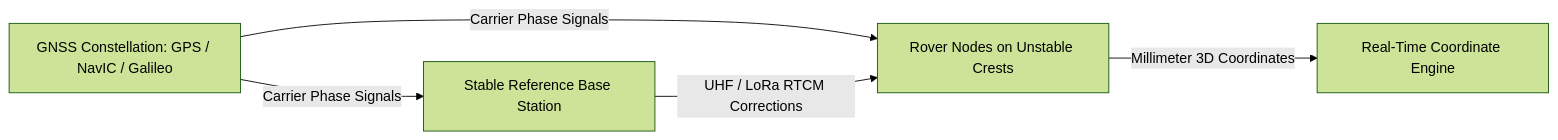
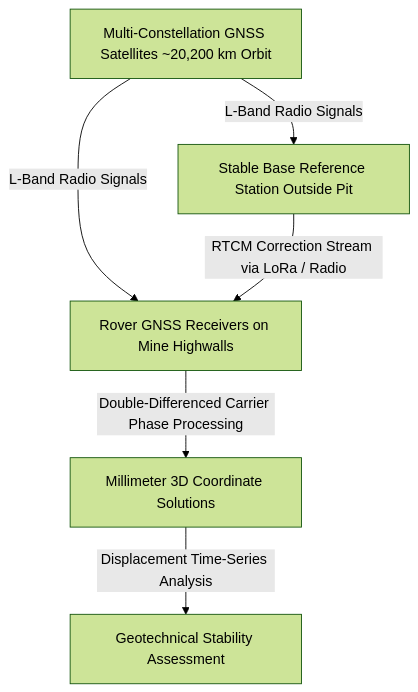
Before and after one commit to angelverman2021-a11y/Report: the first of 18 diagrams in docs/05_GNSS_GPS_Monitoring.md, drawn with Mermaid (forest theme). The commit also changed other lines of this file, not shown here.

Commit message:
feat: Add comprehensive 34-section report for Existing Technology 5: GNSS / GPS Monitoring

````diff
--- a/docs/05_GNSS_GPS_Monitoring.md
+++ b/docs/05_GNSS_GPS_Monitoring.md
@@ -16,7 +25,8 @@
 ```mermaid
-flowchart LR
-    SAT[GNSS Constellation: GPS / NavIC / Galileo] -->|Carrier Phase Signals| BASE[Stable Reference Base Station]
-    SAT -->|Carrier Phase Signals| ROVER[Rover Nodes on Unstable Crests]
-    BASE -->|UHF / LoRa RTCM Corrections| ROVER
-    ROVER -->|Millimeter 3D Coordinates| LOG[Real-Time Coordinate Engine]
+flowchart TD
+    SAT[Multi-Constellation GNSS Satellites ~20,200 km Orbit] -->|L-Band Radio Signals| ROV[Rover GNSS Receivers on Mine Highwalls]
+    SAT -->|L-Band Radio Signals| REF[Stable Base Reference Station Outside Pit]
+    REF -->|RTCM Correction Stream via LoRa / Radio| ROV
+    ROV -->|Double-Differenced Carrier Phase Processing| POS[Millimeter 3D Coordinate Solutions]
+    POS -->|Displacement Time-Series Analysis| RISK[Geotechnical Stability Assessment]
 ```
````
